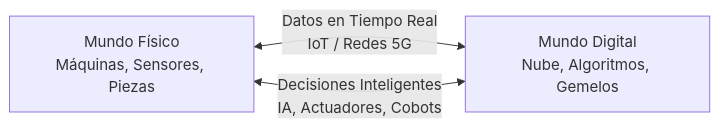
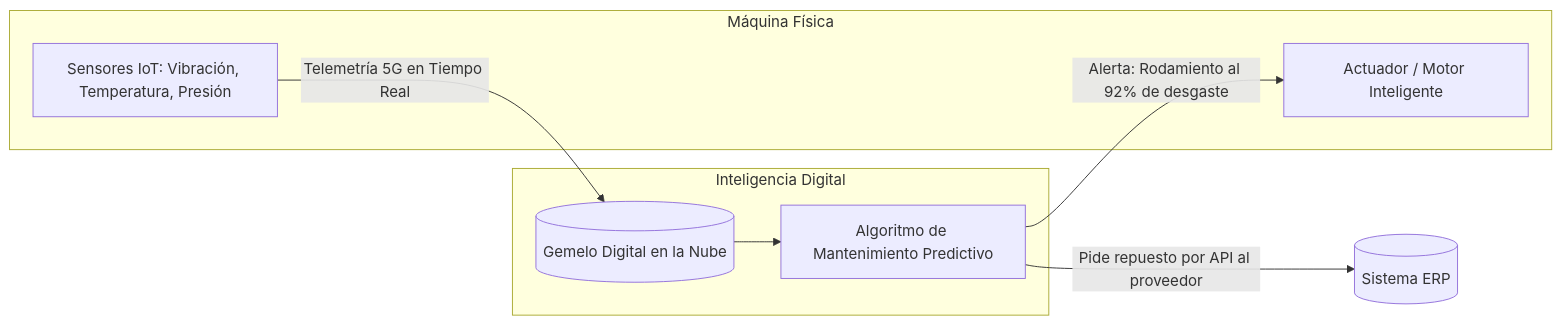
Before and after one commit to jssdocente/dasp2627d: the fifth of 7 diagrams in docs/temas/01-digitalizacion/01-revoluciones-industriales.md, drawn with Mermaid. The commit also changed other lines of this file, not shown here.

Commit message:
docs(u1): ampliar revoluciones industriales con cuadros comparativos antes vs después y casos de la vida real

````diff
--- a/docs/temas/01-digitalizacion/01-revoluciones-industriales.md
+++ b/docs/temas/01-digitalizacion/01-revoluciones-industriales.md
@@ -64,5 +165,17 @@
 ```mermaid
 flowchart LR
-    A[Mundo Físico<br/>Máquinas, Sensores, Piezas] <-->|Datos en Tiempo Real<br/>IoT / Redes 5G| B[Mundo Digital<br/>Nube, Algoritmos, Gemelos]
-    B <-->|Decisiones Inteligentes<br/>IA, Actuadores, Cobots| A
+    subgraph Máquina Física
+        S[Sensores IoT: Vibración, Temperatura, Presión]
+        A[Actuador / Motor Inteligente]
+    end
+
+    subgraph Inteligencia Digital
+        GT[(Gemelo Digital en la Nube)]
+        IA[Algoritmo de Mantenimiento Predictivo]
+    end
+
+    S -->|Telemetría 5G en Tiempo Real| GT
+    GT --> IA
+    IA -->|Alerta: Rodamiento al 92% de desgaste| A
+    IA -->|Pide repuesto por API al proveedor| ERP[(Sistema ERP)]
 ```
````
